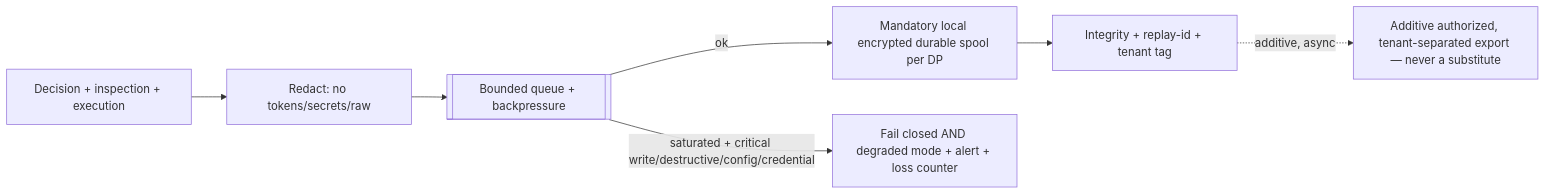
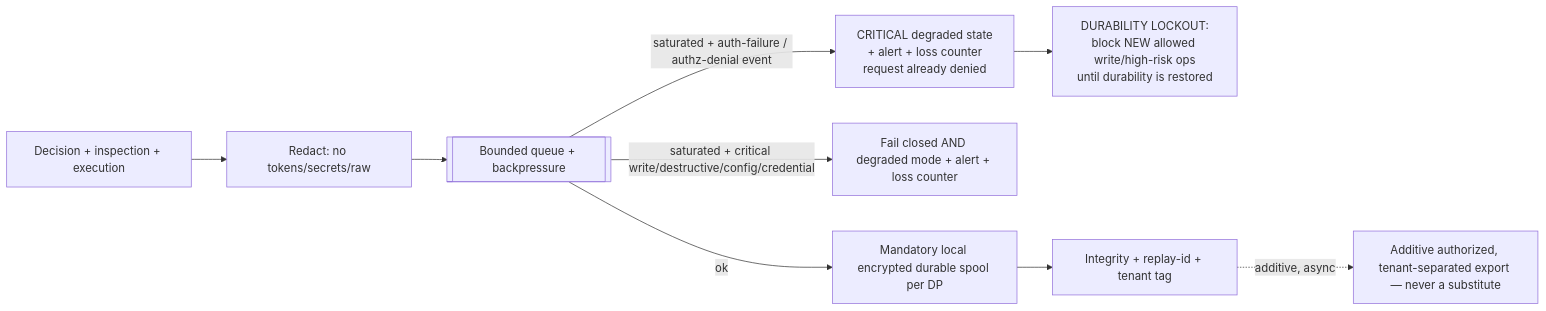
Before and after one commit to KidCarmi/Culvert: the ninth of 15 diagrams in docs/design/mcp/DATA-FLOW-DIAGRAMS.md, drawn with Mermaid. The commit also changed other lines of this file and 11 other files, not shown here.

First line of the commit message:
docs(mcp): close the per-capability split's orphans and the denial lockout's remaining consumers

````diff
--- a/docs/design/mcp/DATA-FLOW-DIAGRAMS.md
+++ b/docs/design/mcp/DATA-FLOW-DIAGRAMS.md
@@ -162,9 +162,11 @@
 ```mermaid
 flowchart LR
   DEC[Decision + inspection + execution] --> RDX[Redact: no tokens/secrets/raw]
   RDX --> Q[[Bounded queue + backpressure]]
   Q -->|ok| SPOOL[Mandatory local encrypted durable spool per DP]
   Q -->|saturated + critical write/destructive/config/credential| FC[Fail closed AND degraded mode + alert + loss counter]
+  Q -->|saturated + auth-failure / authz-denial event| CDEG["CRITICAL degraded state\n+ alert + loss counter\nrequest already denied"]
+  CDEG --> LOCK["DURABILITY LOCKOUT:\nblock NEW allowed write/high-risk ops\nuntil durability is restored"]
   SPOOL --> INT[Integrity + replay-id + tenant tag]
   INT -. additive, async .-> EXP[Additive authorized, tenant-separated export — never a substitute]
 ```
````
